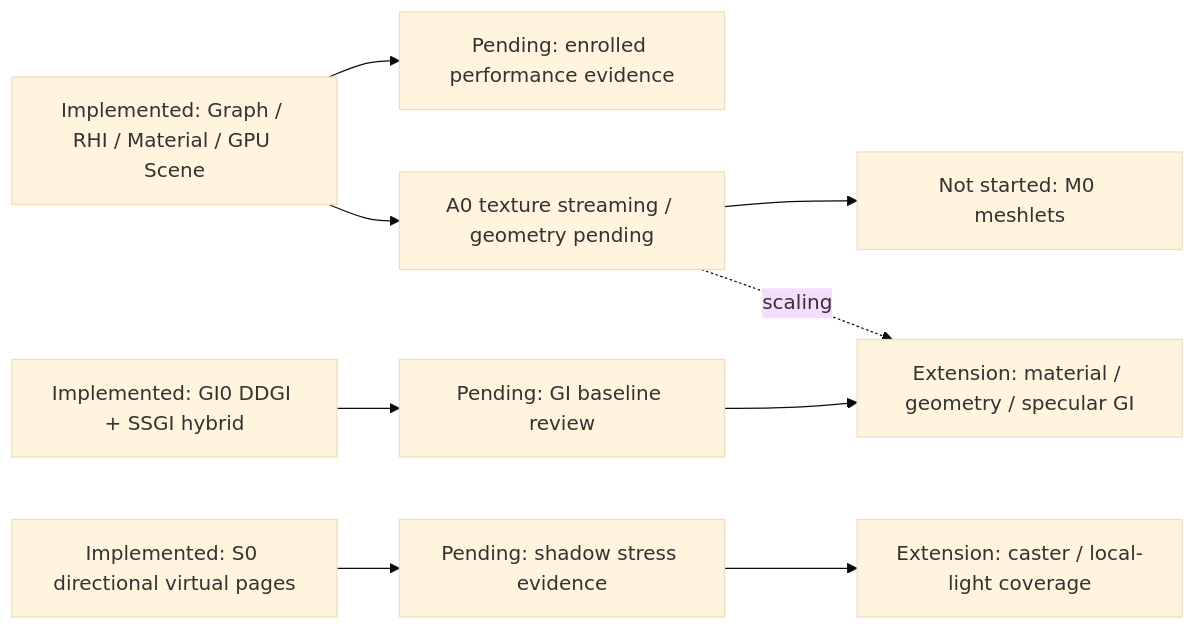
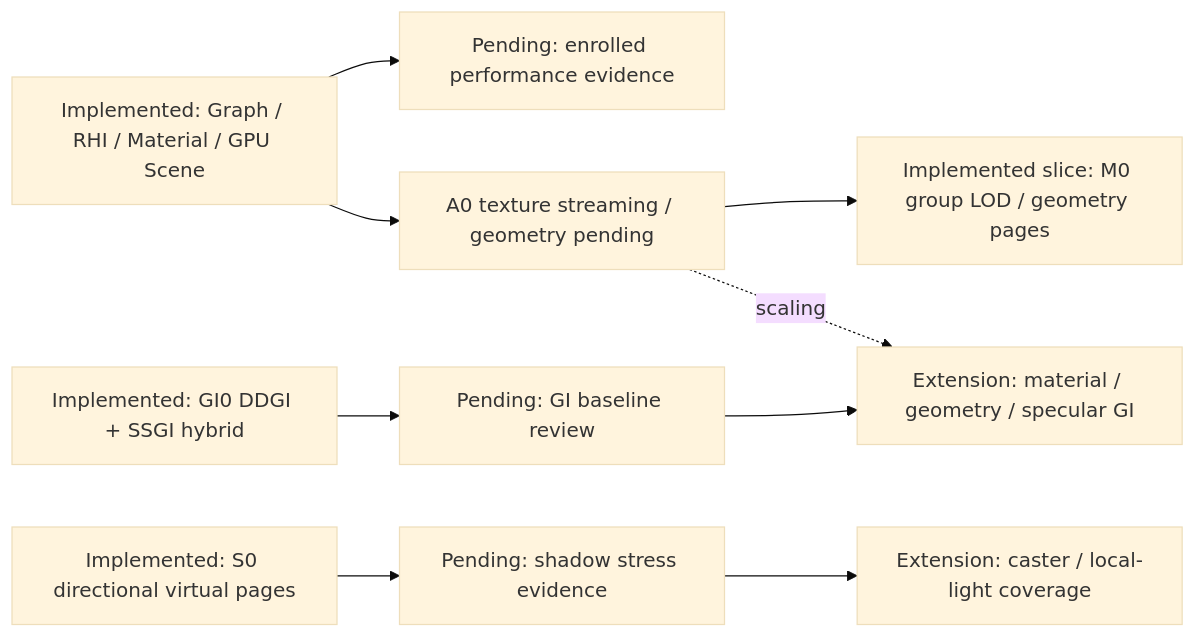
Before and after one commit to hiloteam/Hilo3d: the diagram in documentation/MODERN_WEBGPU_RENDERING_ROADMAP.md, drawn with Mermaid (base theme). The commit also changed other lines of this file and 1231 other files, not shown here.

````diff
--- a/documentation/MODERN_WEBGPU_RENDERING_ROADMAP.md
+++ b/documentation/MODERN_WEBGPU_RENDERING_ROADMAP.md
@@ -37,11 +38,11 @@
 ```mermaid
 flowchart LR
   CORE["Implemented: Graph / RHI / Material / GPU Scene"] --> PERF["Pending: enrolled performance evidence"]
   CORE --> A["A0 texture streaming / geometry pending"]
-  A --> M["Not started: M0 meshlets"]
+  A --> M["Implemented slice: M0 group LOD / geometry pages"]
   S["Implemented: S0 directional virtual pages"] --> SP["Pending: shadow stress evidence"]
   GI["Implemented: GI0 DDGI + SSGI hybrid"] --> GP["Pending: GI baseline review"]
   SP --> SX["Extension: caster / local-light coverage"]
   GP --> GX["Extension: material / geometry / specular GI"]
   A -. scaling .-> GX
 ```
````
